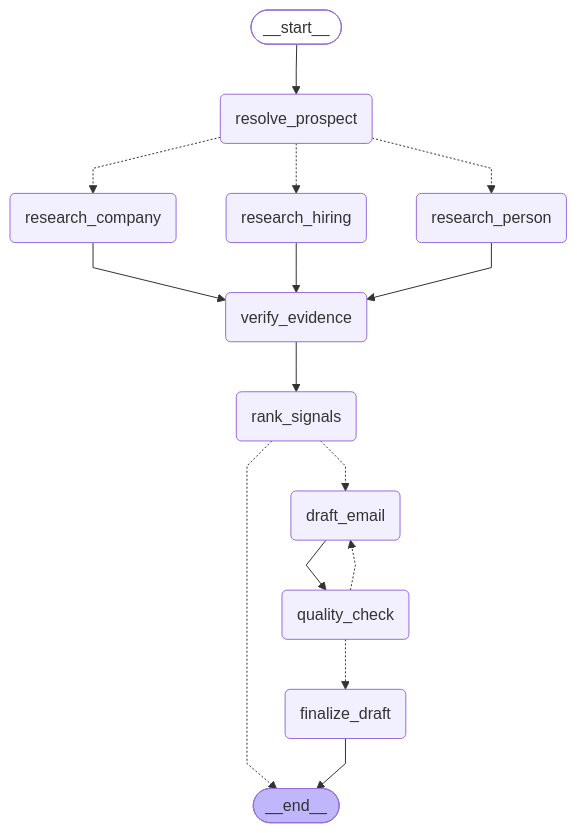
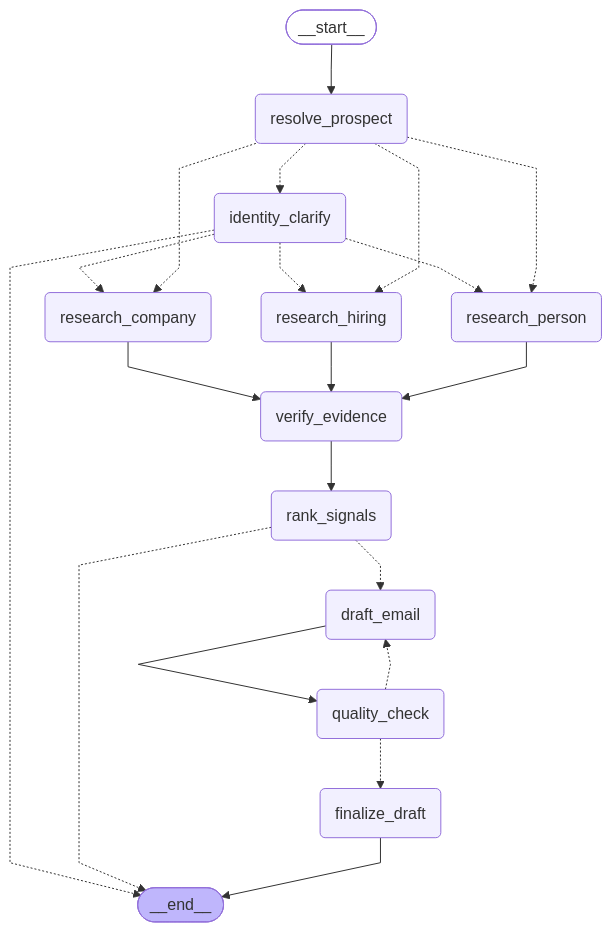
Before and after one commit to nandiniagrl/Zamp-AI--PS-3: the diagram in docs/graph.mmd, drawn with Mermaid. The commit also changed 12 other files, not shown here.

Commit message:
Phase 9A: identity resolution with ambiguous-identity interrupt (pick candidate / company-only / abort)

```diff
--- a/docs/graph.mmd
+++ b/docs/graph.mmd
@@ -1,34 +1,40 @@
 ---
 config:
   flowchart:
     curve: linear
 ---
 graph TD;
 	__start__([<p>__start__</p>]):::first
 	resolve_prospect(resolve_prospect)
+	identity_clarify(identity_clarify)
 	research_person(research_person)
 	research_company(research_company)
 	research_hiring(research_hiring)
 	verify_evidence(verify_evidence)
 	rank_signals(rank_signals)
 	draft_email(draft_email)
 	quality_check(quality_check)
 	finalize_draft(finalize_draft)
 	__end__([<p>__end__</p>]):::last
 	__start__ --> resolve_prospect;
 	draft_email --> quality_check;
+	identity_clarify -.-> __end__;
+	identity_clarify -.-> research_company;
+	identity_clarify -.-> research_hiring;
+	identity_clarify -.-> research_person;
 	quality_check -.-> draft_email;
 	quality_check -.-> finalize_draft;
 	rank_signals -.-> __end__;
 	rank_signals -.-> draft_email;
 	research_company --> verify_evidence;
 	research_hiring --> verify_evidence;
 	research_person --> verify_evidence;
+	resolve_prospect -.-> identity_clarify;
 	resolve_prospect -.-> research_company;
 	resolve_prospect -.-> research_hiring;
 	resolve_prospect -.-> research_person;
 	verify_evidence --> rank_signals;
 	finalize_draft --> __end__;
 	classDef default fill:#f2f0ff,line-height:1.2
 	classDef first fill-opacity:0
 	classDef last fill:#bfb6fc
```
